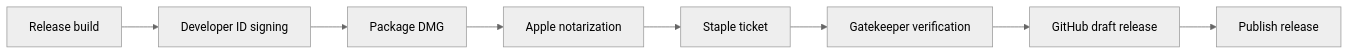
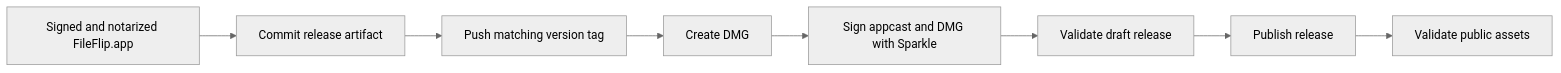
The diagram in RELEASING.md (chasedputnam/fileflip), drawn with Mermaid (neutral theme) before and after one commit. The commit also changed other lines of this file and 83 other files, not shown here.

````diff
--- a/RELEASING.md
+++ b/RELEASING.md
@@ -13,10 +13,10 @@
 ```mermaid
 flowchart LR
-    A[Release build] --> B[Developer ID signing]
-    B --> C[Package DMG]
-    C --> D[Apple notarization]
-    D --> E[Staple ticket]
-    E --> F[Gatekeeper verification]
-    F --> G[GitHub draft release]
-    G --> H[Publish release]
+    A[Signed and notarized FileFlip.app] --> B[Commit release artifact]
+    B --> C[Push matching version tag]
+    C --> D[Create DMG]
+    D --> E[Sign appcast and DMG with Sparkle]
+    E --> F[Validate draft release]
+    F --> G[Publish release]
+    G --> H[Validate public assets]
 ```
````
